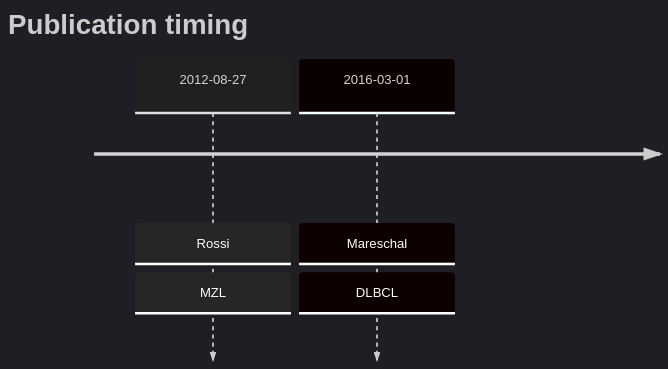
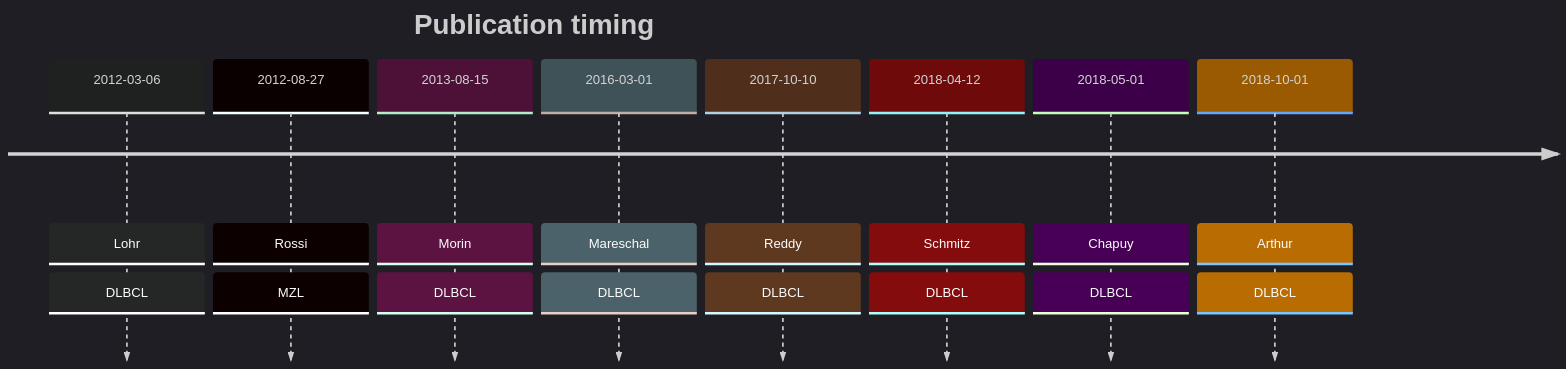
The diagram in TBL1XR1.md (morinlab/lymphopedia), drawn with Mermaid before and after one commit.

Commit message:
update tables

````diff
--- a/TBL1XR1.md
+++ b/TBL1XR1.md
@@ -9,7 +9,15 @@
 ```mermaid
 %%{init: { 'logLevel': 'debug', 'theme': 'dark' } }%%
 timeline
     title Publication timing
+2012-03-06 : Lohr : DLBCL
       2012-08-27 : Rossi : MZL
+
+2013-08-15 : Morin : DLBCL
       2016-03-01 : Mareschal : DLBCL
+
+2017-10-10 : Reddy : DLBCL
+2018-04-12 : Schmitz : DLBCL
+2018-05-01 : Chapuy : DLBCL
+2018-10-01 : Arthur : DLBCL
 ```
````
